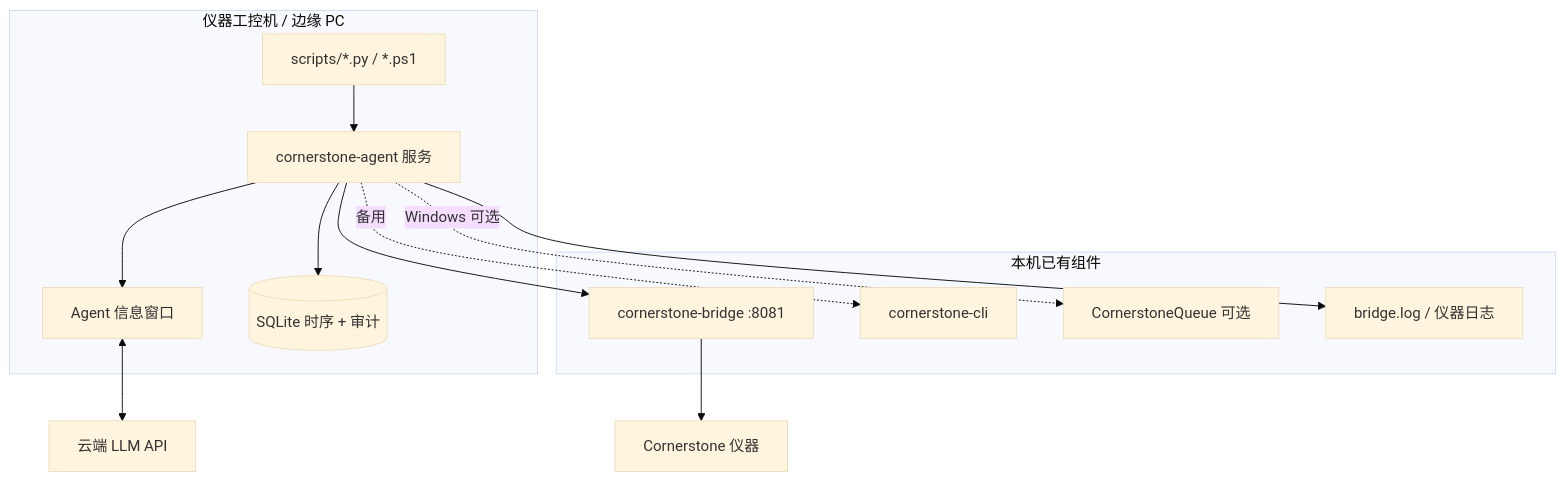
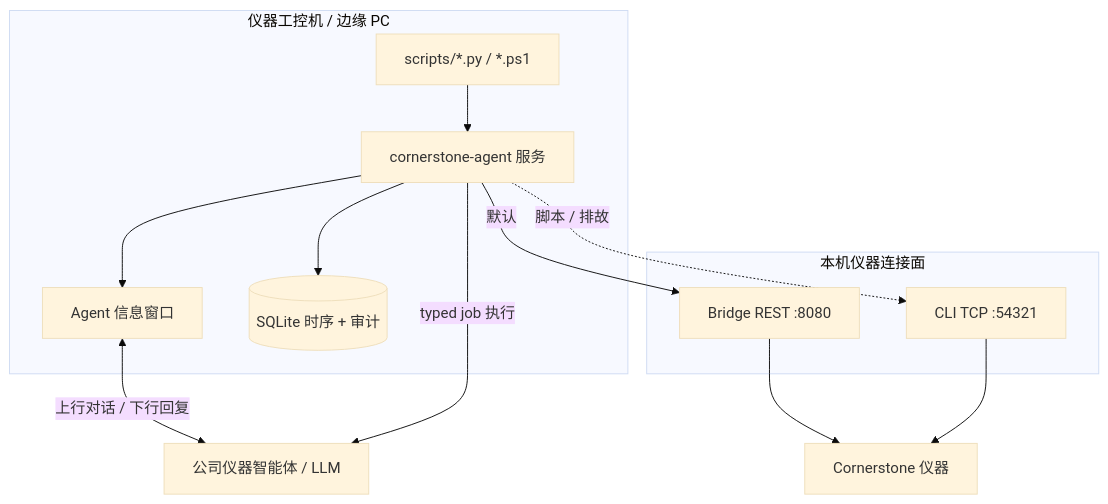
One commit to tempcy/CornerstoneMock changed the diagram in CornerstoneAgent/AGENT.md. Above: the diagram before and after it, drawn with Mermaid (base theme). The commit also changed other lines of this file and 498 other files, not shown here.

````diff
--- a/CornerstoneAgent/AGENT.md
+++ b/CornerstoneAgent/AGENT.md
@@ -92,26 +113,24 @@
 ```mermaid
 flowchart TB
   subgraph edge [仪器工控机 / 边缘 PC]
     WIN[Agent 信息窗口]
     CORE[cornerstone-agent 服务]
     SCR[scripts/*.py / *.ps1]
     STORE[(SQLite 时序 + 审计)]
     CORE --> WIN
     CORE --> STORE
     SCR --> CORE
   end
-  subgraph local [本机已有组件]
-    BR[cornerstone-bridge :8081]
-    CLI[cornerstone-cli]
-    Q[CornerstoneQueue 可选]
-    LOG[bridge.log / 仪器日志]
+  subgraph local [本机仪器连接面]
+    BR[Bridge REST :8080]
+    CLI[CLI TCP :54321]
   end
-  LLM[云端 LLM API]
+  LLM[公司仪器智能体 / LLM]
   CS[Cornerstone 仪器]
-  WIN <--> LLM
-  CORE --> BR
-  CORE -.->|备用| CLI
-  CORE --> LOG
-  CORE -.->|Windows 可选| Q
+  WIN <-->|上行对话 / 下行回复| LLM
+  CORE -->|"typed job 执行"| LLM
+  CORE -->|默认| BR
+  CORE -.->|脚本 / 排故| CLI
   BR --> CS
+  CLI --> CS
 ```
````
